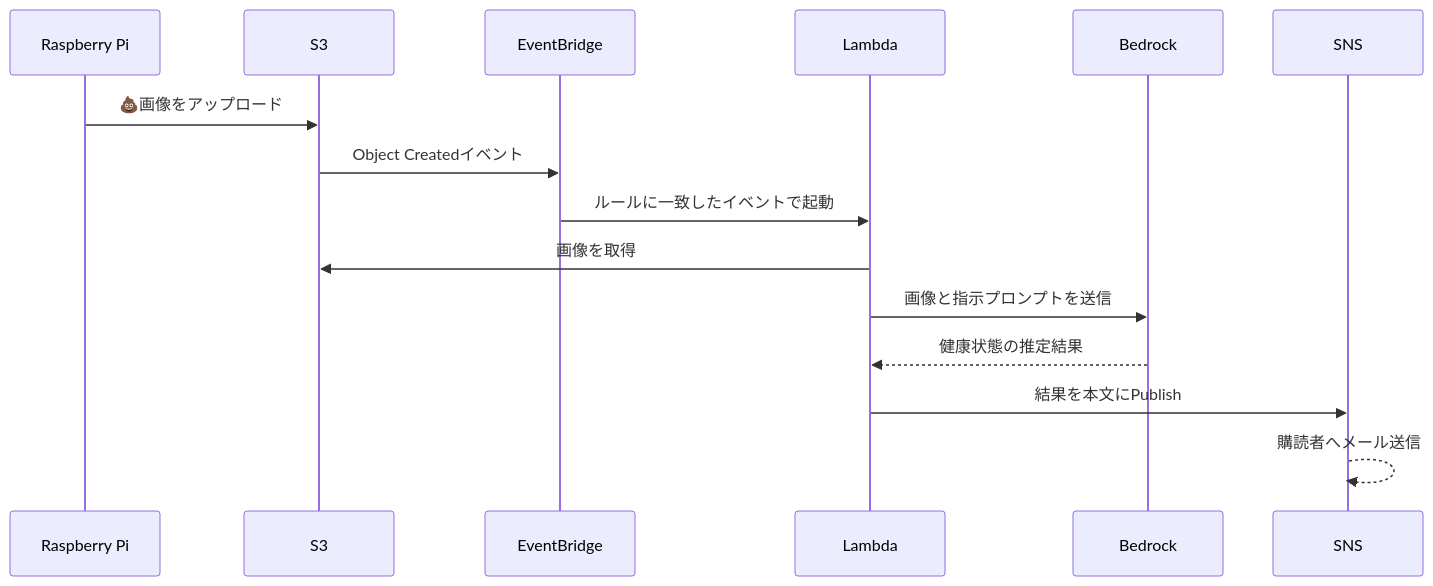
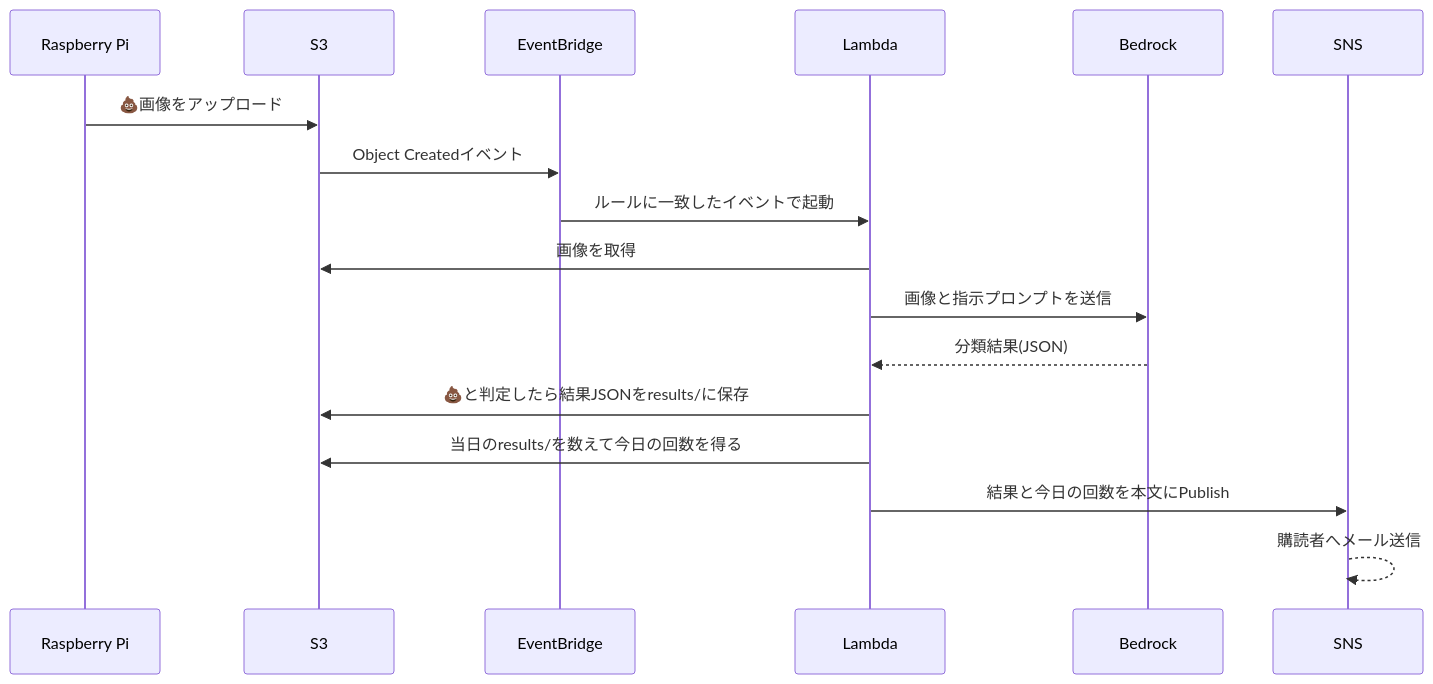
The second of 2 diagrams in docs/phase2/design.md (HatoriIchigo/poop-detector), drawn with Mermaid before and after one commit. The commit also changed other lines of this file and 1 other file, not shown here.

````diff
--- a/docs/phase2/design.md
+++ b/docs/phase2/design.md
@@ -54,17 +56,19 @@
 ```mermaid
 sequenceDiagram
     participant RPi as Raspberry Pi
     participant S3
     participant EB as EventBridge
     participant L as Lambda
     participant AI as Bedrock
     participant SNS
     RPi->>S3: 💩画像をアップロード
     S3->>EB: Object Createdイベント
     EB->>L: ルールに一致したイベントで起動
     L->>S3: 画像を取得
     L->>AI: 画像と指示プロンプトを送信
-    AI-->>L: 健康状態の推定結果
-    L->>SNS: 結果を本文にPublish
+    AI-->>L: 分類結果(JSON)
+    L->>S3: 💩と判定したら結果JSONをresults/に保存
+    L->>S3: 当日のresults/を数えて今日の回数を得る
+    L->>SNS: 結果と今日の回数を本文にPublish
     SNS-->>SNS: 購読者へメール送信
 ```
````
